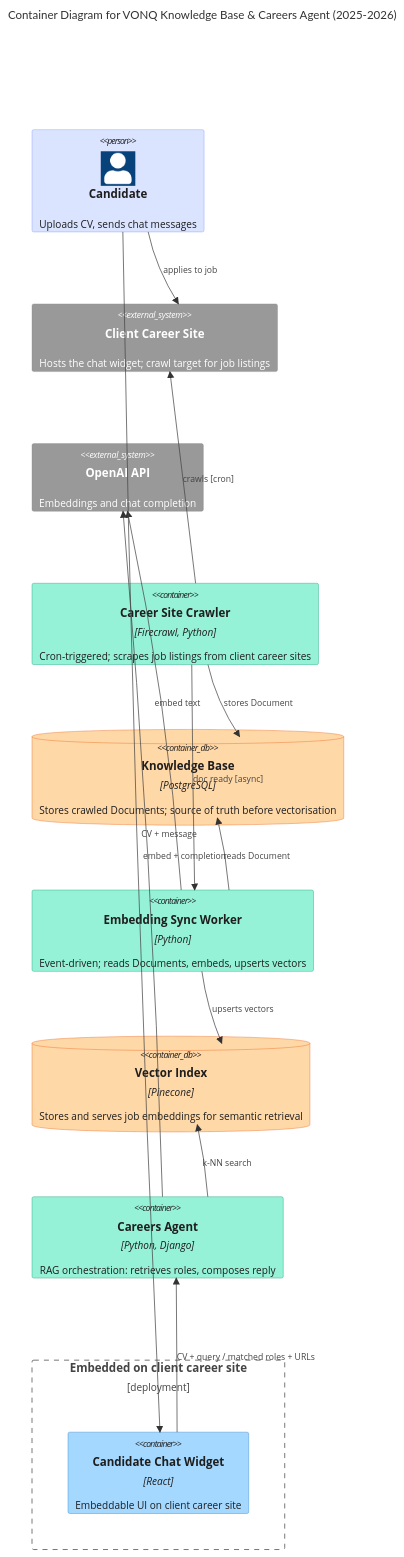
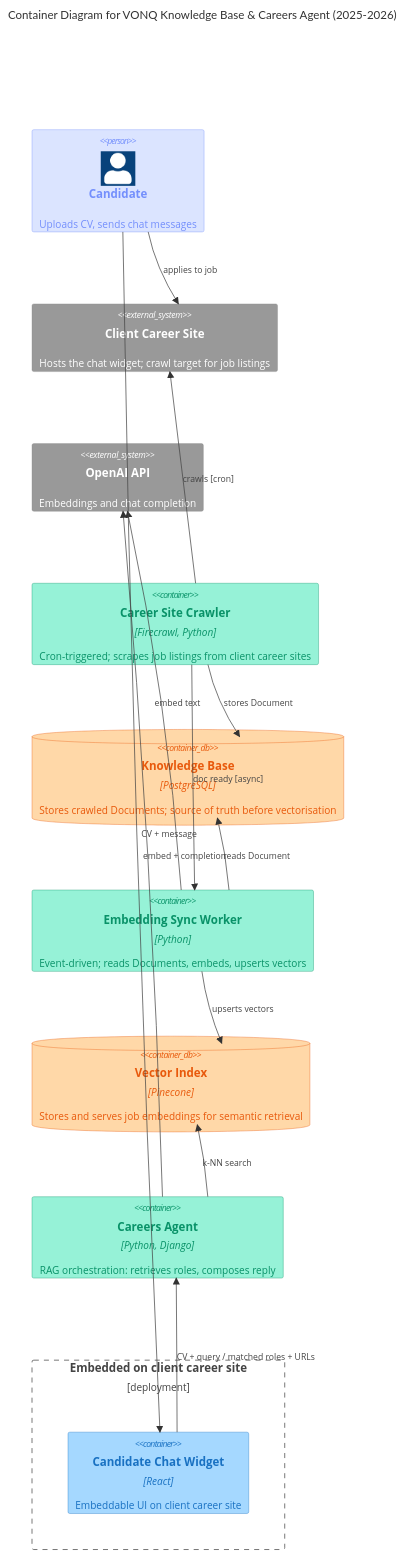
Before and after one commit to cmin764/portfolio: the diagram in src/diagrams/vonq-knowledge-base.md, drawn with Mermaid. The commit also changed 14 other files, not shown here.

First line of the commit message:
Add Robocorp RPA + Sema4.ai Action Server diagrams (#3)

````diff
--- a/src/diagrams/vonq-knowledge-base.md
+++ b/src/diagrams/vonq-knowledge-base.md
@@ -31,41 +31,41 @@
 ```mermaid
 C4Container
   title Container Diagram for VONQ Knowledge Base & Careers Agent (2025-2026)
 
   UpdateLayoutConfig($c4ShapeInRow="3", $c4BoundaryInRow="1")
 
   Person(candidate, "Candidate", "Uploads CV, sends chat messages")
 
   System_Ext(clientSite, "Client Career Site", "Hosts the chat widget; crawl target for job listings")
   System_Ext(openai, "OpenAI API", "Embeddings and chat completion")
 
   Container(crawler, "Career Site Crawler", "Firecrawl, Python", "Cron-triggered; scrapes job listings from client career sites")
   ContainerDb(kb, "Knowledge Base", "PostgreSQL", "Stores crawled Documents; source of truth before vectorisation")
   Container(syncer, "Embedding Sync Worker", "Python", "Event-driven; reads Documents, embeds, upserts vectors")
   ContainerDb(pinecone, "Vector Index", "Pinecone", "Stores and serves job embeddings for semantic retrieval")
   Container(agent, "Careers Agent", "Python, Django", "RAG orchestration: retrieves roles, composes reply")
   Boundary(clientEmbed, "Embedded on client career site", "deployment") {
     Container(widget, "Candidate Chat Widget", "React", "Embeddable UI on client career site")
   }
 
   Rel_U(crawler, clientSite, "crawls [cron]")
   Rel_R(crawler, kb, "stores Document")
   Rel_R(crawler, syncer, "doc ready [async]")
   Rel_L(syncer, kb, "reads Document")
   Rel_R(syncer, openai, "embed text")
   Rel_D(syncer, pinecone, "upserts vectors")
 
   Rel_L(candidate, widget, "CV + message")
   Rel_U(widget, agent, "CV + query / matched roles + URLs")
   Rel_U(agent, openai, "embed + completion")
   Rel_L(agent, pinecone, "k-NN search")
   Rel_U(candidate, clientSite, "applies to job")
 
-  UpdateElementStyle(candidate, $fontColor="#1e1e1e", $bgColor="#dbe4ff", $borderColor="#748ffc")
-  UpdateElementStyle(widget, $fontColor="#1e1e1e", $bgColor="#a5d8ff", $borderColor="#1971c2")
-  UpdateElementStyle(crawler, $fontColor="#1e1e1e", $bgColor="#96f2d7", $borderColor="#099268")
-  UpdateElementStyle(syncer, $fontColor="#1e1e1e", $bgColor="#96f2d7", $borderColor="#099268")
-  UpdateElementStyle(agent, $fontColor="#1e1e1e", $bgColor="#96f2d7", $borderColor="#099268")
-  UpdateElementStyle(kb, $fontColor="#1e1e1e", $bgColor="#ffd8a8", $borderColor="#e8590c")
-  UpdateElementStyle(pinecone, $fontColor="#1e1e1e", $bgColor="#ffd8a8", $borderColor="#e8590c")
+  UpdateElementStyle(candidate, $fontColor="#748ffc", $bgColor="#dbe4ff", $borderColor="#748ffc")
+  UpdateElementStyle(widget, $fontColor="#1971c2", $bgColor="#a5d8ff", $borderColor="#1971c2")
+  UpdateElementStyle(crawler, $fontColor="#099268", $bgColor="#96f2d7", $borderColor="#099268")
+  UpdateElementStyle(syncer, $fontColor="#099268", $bgColor="#96f2d7", $borderColor="#099268")
+  UpdateElementStyle(agent, $fontColor="#099268", $bgColor="#96f2d7", $borderColor="#099268")
+  UpdateElementStyle(kb, $fontColor="#e8590c", $bgColor="#ffd8a8", $borderColor="#e8590c")
+  UpdateElementStyle(pinecone, $fontColor="#e8590c", $bgColor="#ffd8a8", $borderColor="#e8590c")
 ```
````
